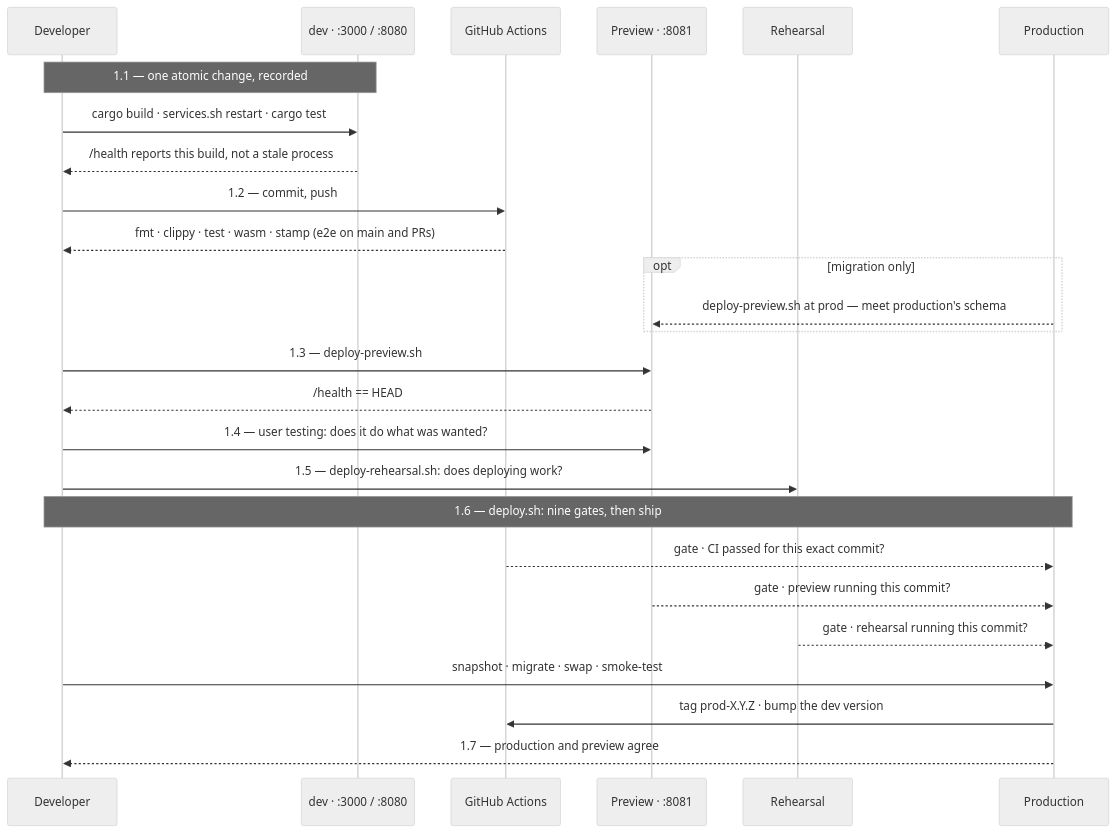
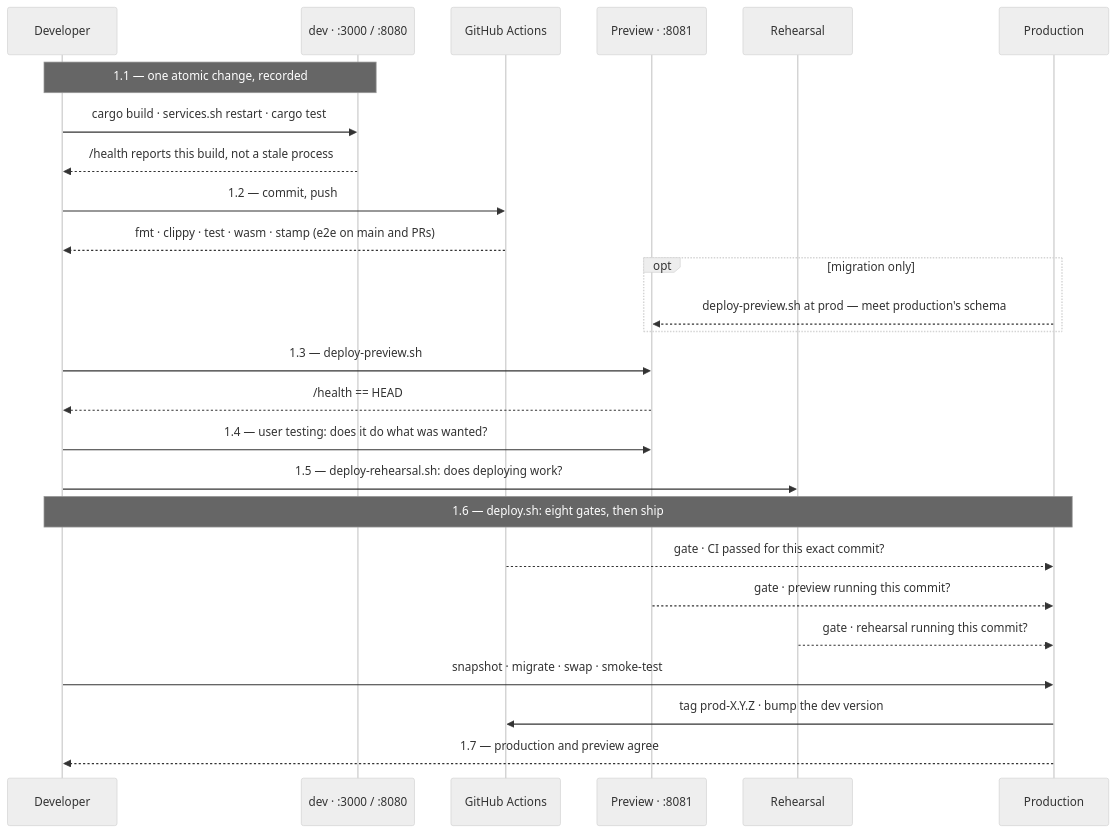
Before and after one commit to SteveStyle/scrabble-px: the diagram in docs/3.3-testing-ci-and-release.md, drawn with Mermaid (neutral theme). The commit also changed other lines of this file, not shown here.

First line of the commit message:
app 0.7.1 api 2.13: there are eight deploy gates, not nine

````diff
--- a/docs/3.3-testing-ci-and-release.md
+++ b/docs/3.3-testing-ci-and-release.md
@@ -59,29 +59,29 @@
 ```mermaid
 sequenceDiagram
     participant Dev as Developer
     participant Loc as dev · :3000 / :8080
     participant GH as GitHub Actions
     participant Prev as Preview · :8081
     participant Reh as Rehearsal
     participant Prod as Production
 
     Note over Dev,Loc: 1.1 — one atomic change, recorded
     Dev->>Loc: cargo build · services.sh restart · cargo test
     Loc-->>Dev: /health reports this build, not a stale process
     Dev->>GH: 1.2 — commit, push
     GH-->>Dev: fmt · clippy · test · wasm · stamp (e2e on main and PRs)
     opt migration only
         Prod-->>Prev: deploy-preview.sh at prod — meet production's schema
     end
     Dev->>Prev: 1.3 — deploy-preview.sh
     Prev-->>Dev: /health == HEAD
     Dev->>Prev: 1.4 — user testing: does it do what was wanted?
     Dev->>Reh: 1.5 — deploy-rehearsal.sh: does deploying work?
-    Note over Dev,Prod: 1.6 — deploy.sh: nine gates, then ship
+    Note over Dev,Prod: 1.6 — deploy.sh: eight gates, then ship
     GH-->>Prod: gate · CI passed for this exact commit?
     Prev-->>Prod: gate · preview running this commit?
     Reh-->>Prod: gate · rehearsal running this commit?
     Dev->>Prod: snapshot · migrate · swap · smoke-test
     Prod->>GH: tag prod-X.Y.Z · bump the dev version
     Prod-->>Dev: 1.7 — production and preview agree
 ```
````
